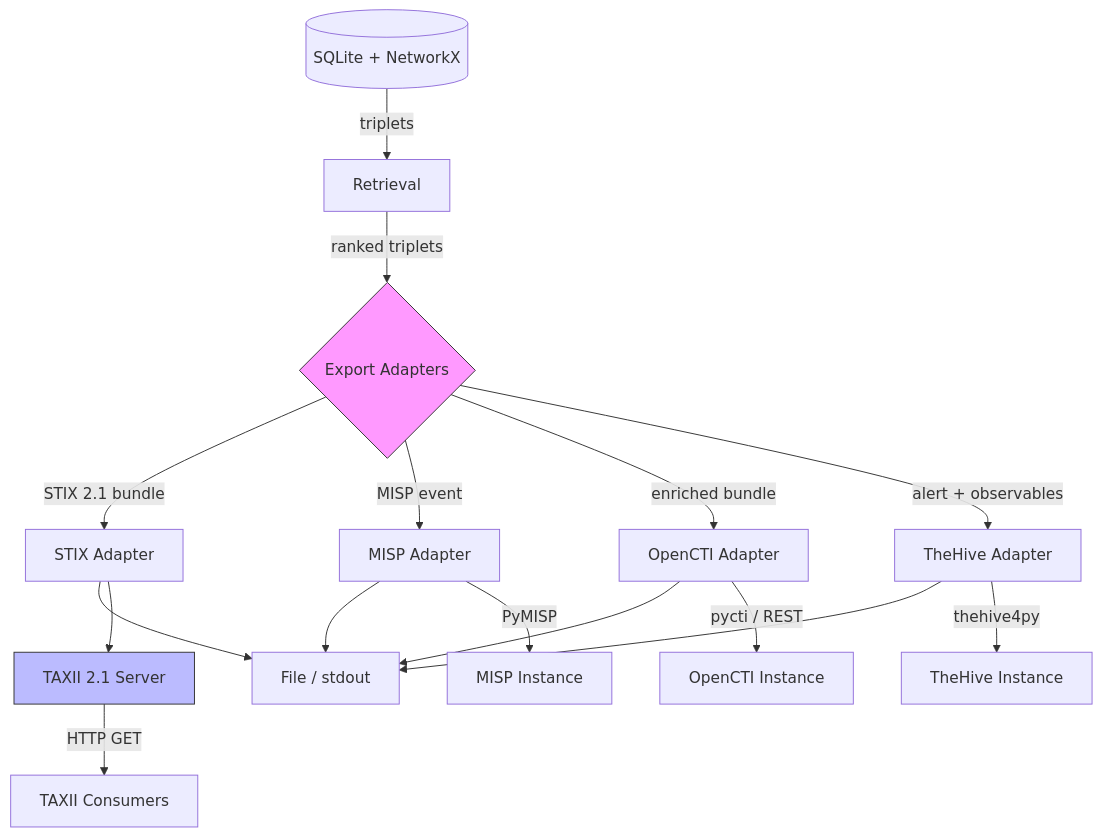
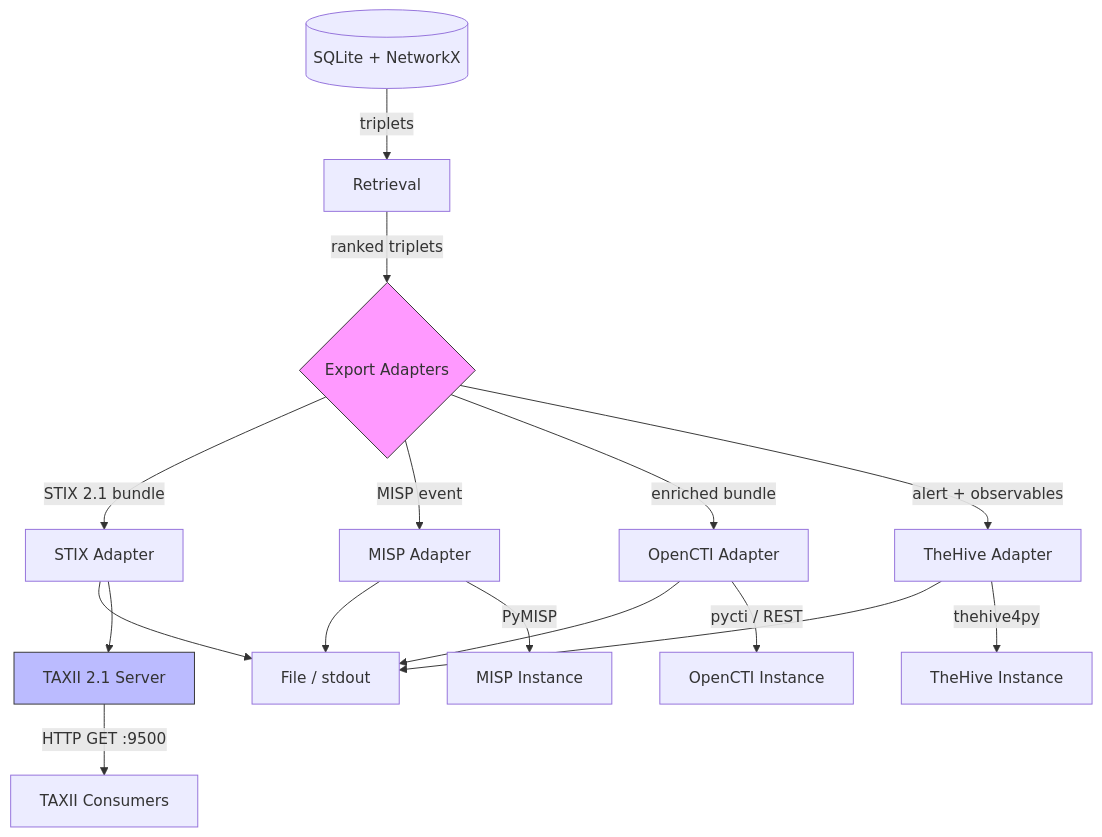
One commit to jeff-is-working/knowledge-graph-context-pipeline changed the diagram in docs/CTI_INTEGRATION.md. Above: the diagram before and after it, drawn with Mermaid. The commit also changed other lines of this file and 5 other files, not shown here.

````diff
--- a/docs/CTI_INTEGRATION.md
+++ b/docs/CTI_INTEGRATION.md
@@ -13,23 +13,23 @@
 ```mermaid
 graph TD
     A[(SQLite + NetworkX)] -->|triplets| B[Retrieval]
     B -->|ranked triplets| C{Export Adapters}
     C -->|STIX 2.1 bundle| D[STIX Adapter]
     C -->|MISP event| E[MISP Adapter]
     C -->|enriched bundle| F[OpenCTI Adapter]
     C -->|alert + observables| G[TheHive Adapter]
 
     D --> H[File / stdout]
     E --> H
     E -->|PyMISP| I[MISP Instance]
     F --> H
     F -->|pycti / REST| J[OpenCTI Instance]
     G --> H
     G -->|thehive4py| K[TheHive Instance]
 
     D --> L[TAXII 2.1 Server]
-    L -->|HTTP GET| M[TAXII Consumers]
+    L -->|HTTP GET :9500| M[TAXII Consumers]
 
     style C fill:#f9f,stroke:#333
     style L fill:#bbf,stroke:#333
 ```
````
